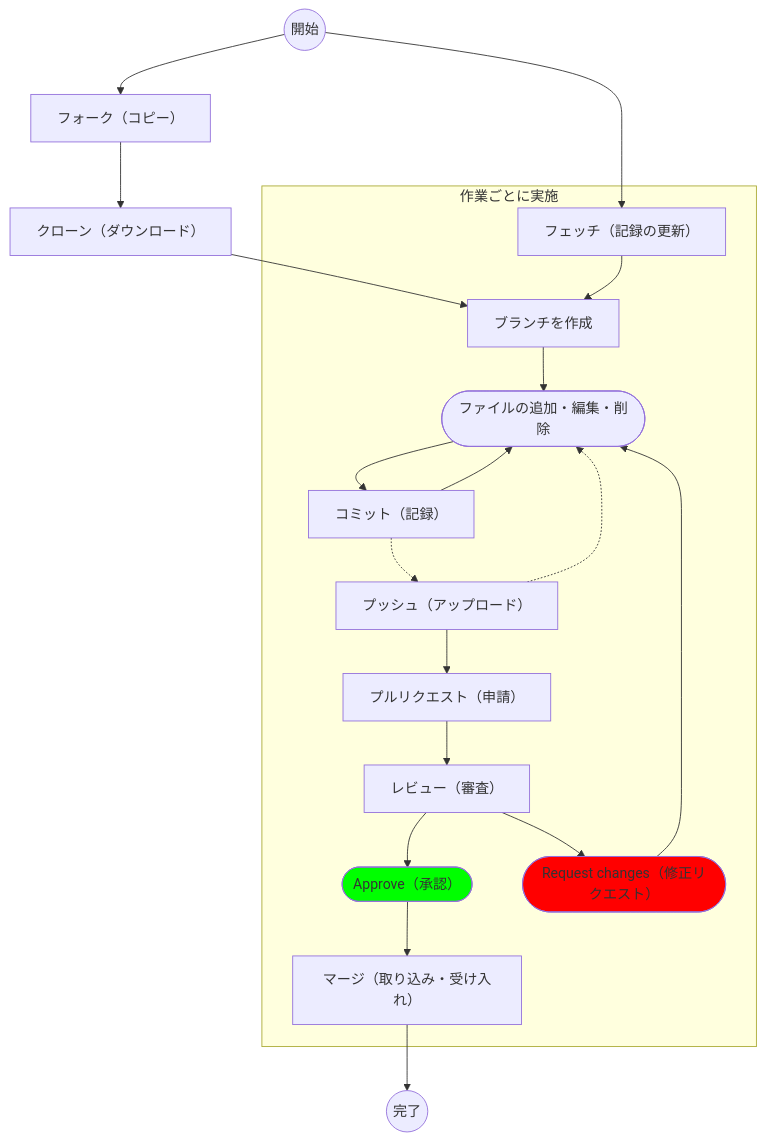
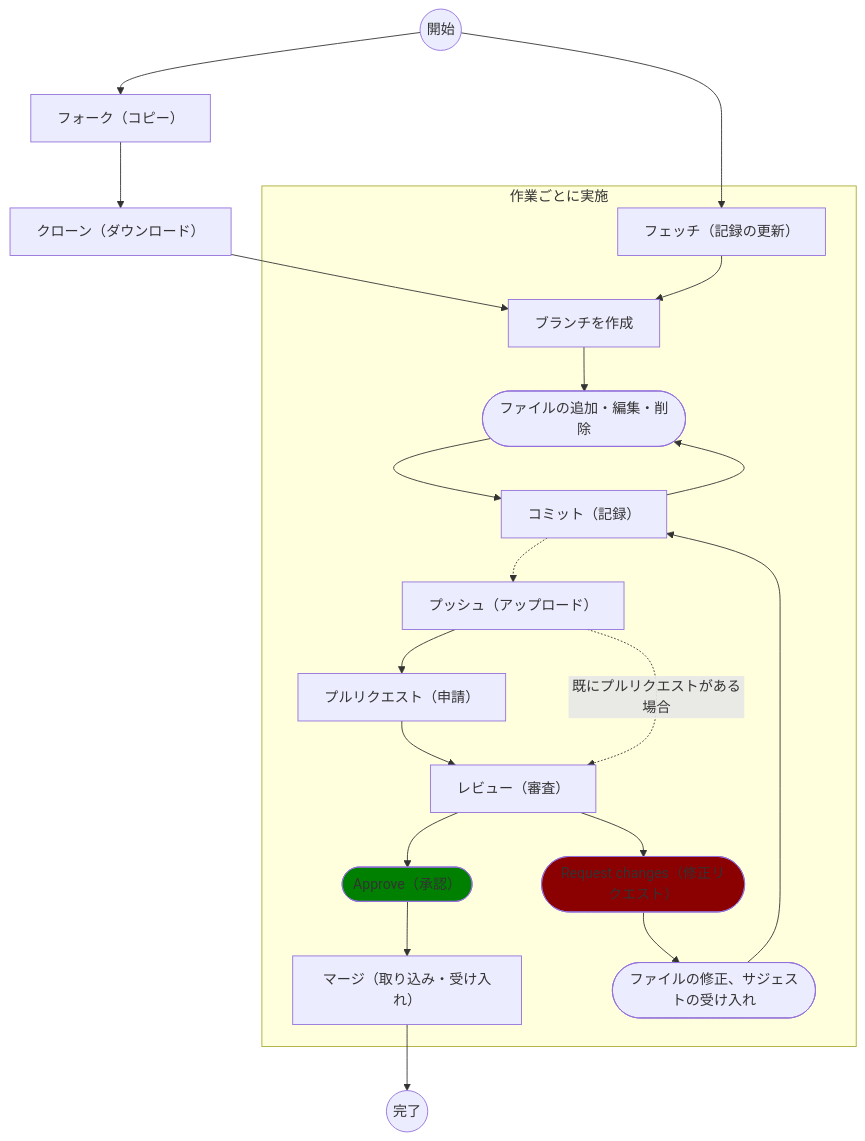
One commit to jaoafa/jaoweb4 changed the first of 2 diagrams in docs/content/rules/pr-strategy.md. Above: the diagram before and after it, drawn with Mermaid. The commit also changed other lines of this file and 4 other files, not shown here.

````diff
--- a/docs/content/rules/pr-strategy.md
+++ b/docs/content/rules/pr-strategy.md
@@ -12,44 +13,46 @@
 ```mermaid
 flowchart TD
   start(("開始"))
   fork["フォーク（コピー）"]
   clone["クローン（ダウンロード）"]
   fetch["フェッチ（記録の更新）"]
   branch["ブランチを作成"]
   editing(["ファイルの追加・編集・削除"])
   commit["コミット（記録）"]
   push["プッシュ（アップロード）"]
   pull-request["プルリクエスト（申請）"]
   review["レビュー（審査）"]
   approve(["Approve（承認）"])
-  style approve fill:lime
+  style approve fill:green
   request-changes(["Request changes（修正リクエスト）"])
-  style request-changes fill:red
+  style request-changes fill:darkred
+  fix(["ファイルの修正、サジェストの受け入れ"])
   merge["マージ（取り込み・受け入れ）"]
   finished(("完了"))
-  
+
   start-->fork
   start-->fetch
-  
+
   fork-->clone
   clone-->branch
-  
+
   subgraph 作業ごとに実施
     fetch-->branch
     branch-->editing
     editing-->commit
     commit-->editing
     commit-.->push
-    push-.->editing
-    
+
     push-->pull-request
     pull-request-->review
+    push-. 既にプルリクエストがある場合 .->review
     review-->approve
     review-->request-changes
-    request-changes-->editing
-    
+    request-changes-->fix
+    fix-->commit
+
     approve-->merge
   end
-  
+
   merge-->finished
 ```
````
